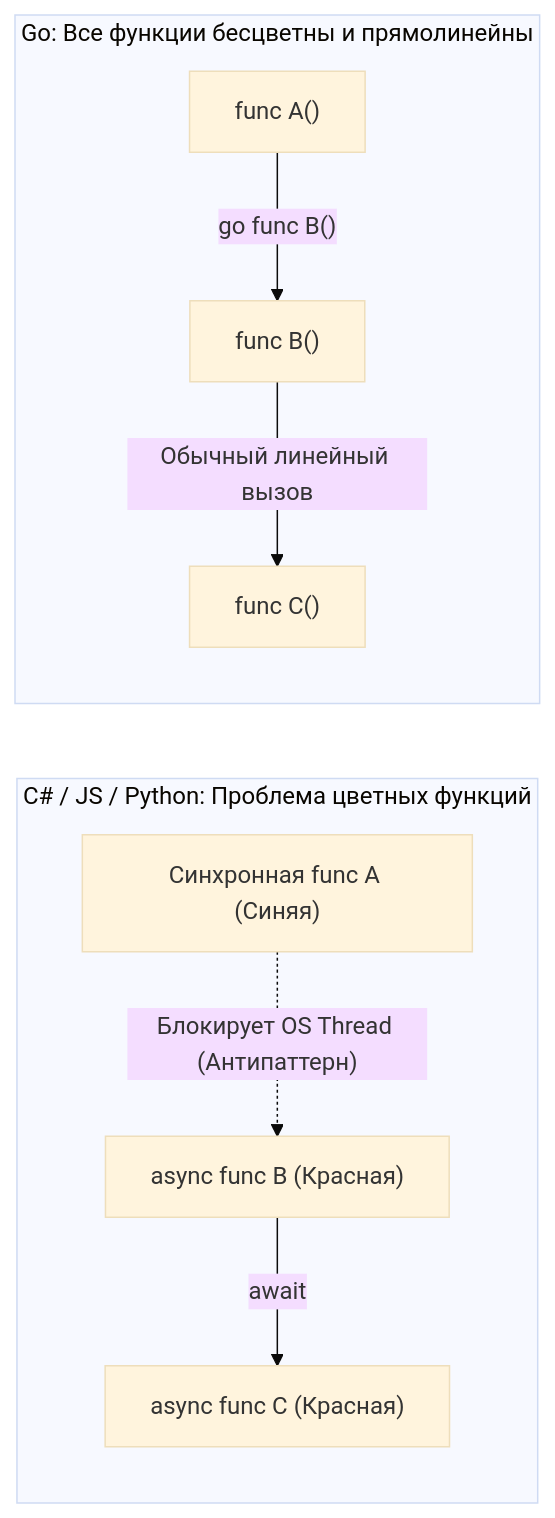
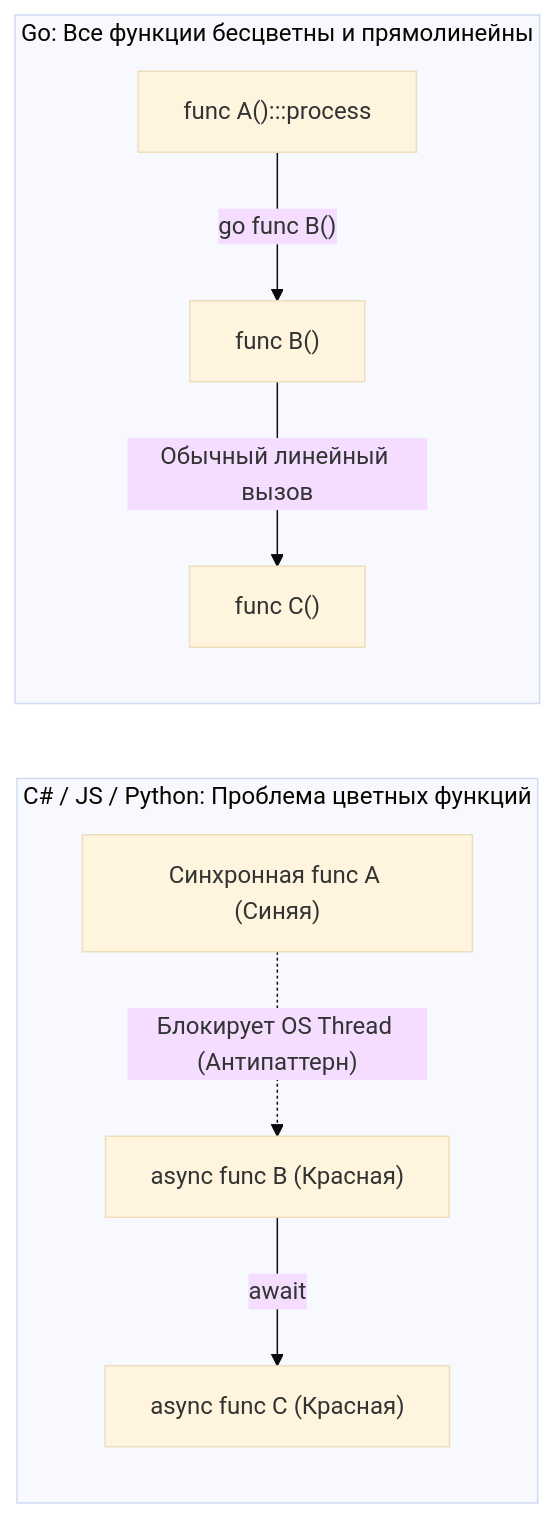
One commit to UnrealTemplier/go-textbook changed the diagram in sources/4. История и философия Go/18. Как мыслить после Java, C#, PHP и Python.md. Above: the diagram before and after it, drawn with Mermaid (base theme). The commit also changed 1666 other files, not shown here.

First line of the commit message:
feat(mermaid): add semantic color classDef to 1369 colorless flowchart/graph diagrams

````diff
--- a/sources/4. История и философия Go/18. Как мыслить после Java, C#, PHP и Python.md
+++ b/sources/4. История и философия Go/18. Как мыслить после Java, C#, PHP и Python.md
@@ -41,12 +41,22 @@
 ```mermaid
 flowchart LR
+    classDef process  fill:#1e293b,stroke:#38bdf8,stroke-width:1px,color:#f8fafc
+    classDef success  fill:#064e3b,stroke:#34d399,stroke-width:1px,color:#f8fafc
+    classDef error    fill:#7f1d1d,stroke:#f87171,stroke-width:1px,color:#f8fafc
+    classDef warning  fill:#78350f,stroke:#fbbf24,stroke-width:1px,color:#f8fafc
+    classDef entry    fill:#1e3a5f,stroke:#38bdf8,stroke-width:2px,color:#f8fafc
+    classDef aux      fill:#334155,stroke:#64748b,stroke-width:1px,color:#f8fafc
+    classDef system   fill:#312e81,stroke:#a78bfa,stroke-width:1px,color:#f8fafc
+    classDef data     fill:#132d29,stroke:#2dd4bf,stroke-width:1px,color:#f8fafc
+    classDef network  fill:#881337,stroke:#fb7185,stroke-width:1px,color:#f8fafc
+    classDef accent   fill:#1e1b4b,stroke:#818cf8,stroke-width:1px,color:#f8fafc
     subgraph ASYNC_AWAIT ["C# / JS / Python: Проблема цветных функций"]
         A["Синхронная func A (Синяя)"] -.->|"Блокирует OS Thread (Антипаттерн)"| B["async func B (Красная)"]
         B -->|"await"| C["async func C (Красная)"]
     end
 
     subgraph GOLANG ["Go: Все функции бесцветны и прямолинейны"]
-        D["func A()"] -->|"go func B()"| E["func B()"]
+        D["func A():::process"] -->|"go func B()"| E["func B()"]
         E -->|"Обычный линейный вызов"| F["func C()"]
     end
 ```
````
